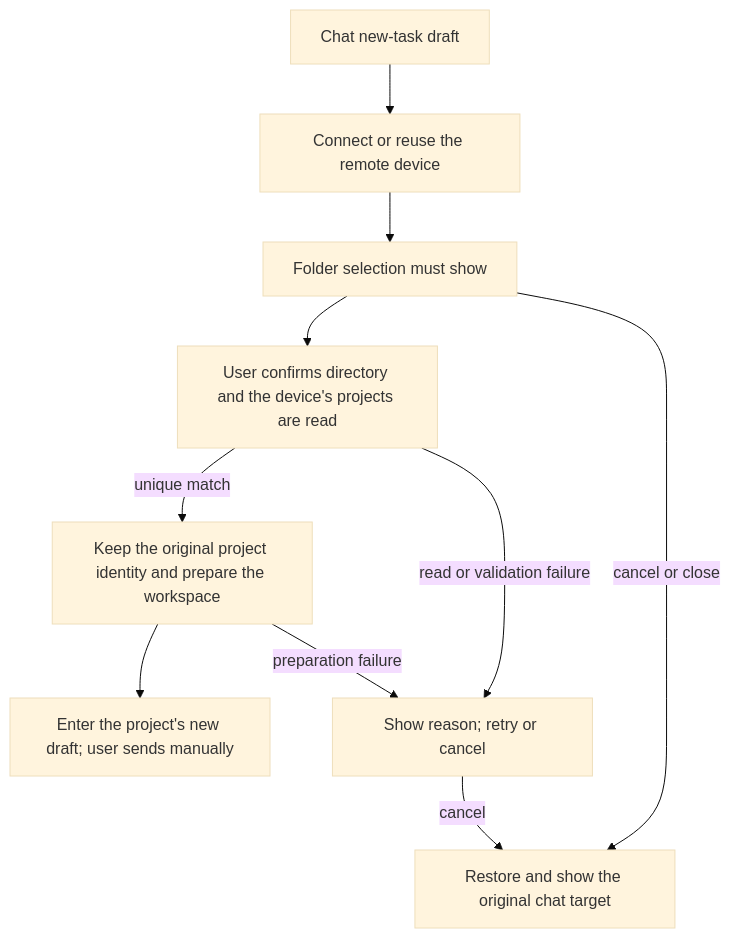
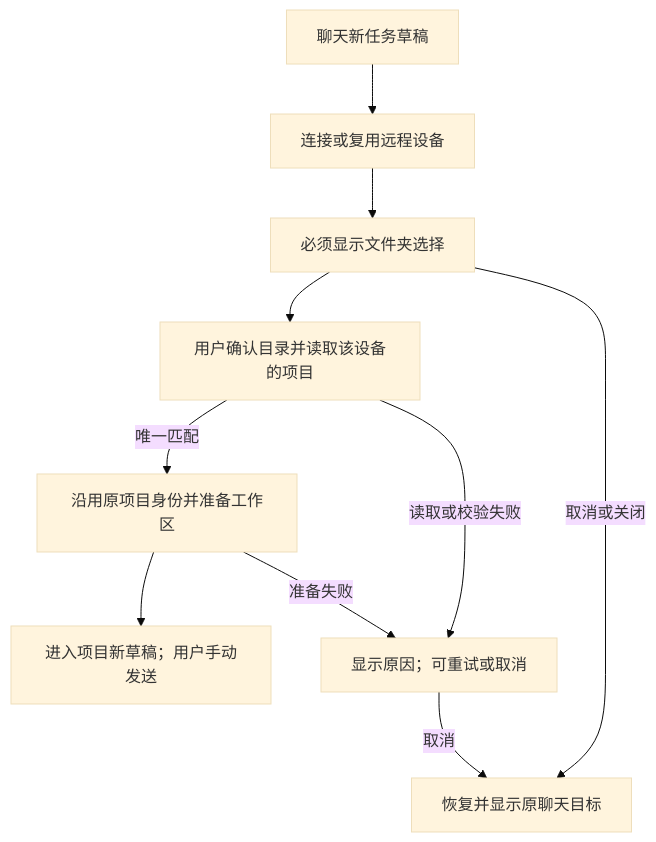
One commit to osben/ZCode changed the diagram in docs/issues/remote-connection-ux/23-chat-remote-folder-existing-project.md. Above: the diagram before and after it, drawn with Mermaid (base theme). The commit also changed other lines of this file and 5391 other files, not shown here.

````diff
--- a/docs/issues/remote-connection-ux/23-chat-remote-folder-existing-project.md
+++ b/docs/issues/remote-connection-ux/23-chat-remote-folder-existing-project.md
@@ -13,12 +13,12 @@
 ```mermaid
 flowchart TD
-    A[Chat new-task draft] --> B[Connect or reuse the remote device]
-    B --> C[Folder selection must show]
-    C --> D[User confirms directory and the device's projects are read]
-    D -->|unique match| E[Keep the original project identity and prepare the workspace]
-    E --> F[Enter the project's new draft; user sends manually]
-    C -->|cancel or close| G[Restore and show the original chat target]
-    D -->|read or validation failure| H[Show reason; retry or cancel]
-    E -->|preparation failure| H
-    H -->|cancel| G
+    A[聊天新任务草稿] --> B[连接或复用远程设备]
+    B --> C[必须显示文件夹选择]
+    C --> D[用户确认目录并读取该设备的项目]
+    D -->|唯一匹配| E[沿用原项目身份并准备工作区]
+    E --> F[进入项目新草稿；用户手动发送]
+    C -->|取消或关闭| G[恢复并显示原聊天目标]
+    D -->|读取或校验失败| H[显示原因；可重试或取消]
+    E -->|准备失败| H
+    H -->|取消| G
 ```
````
